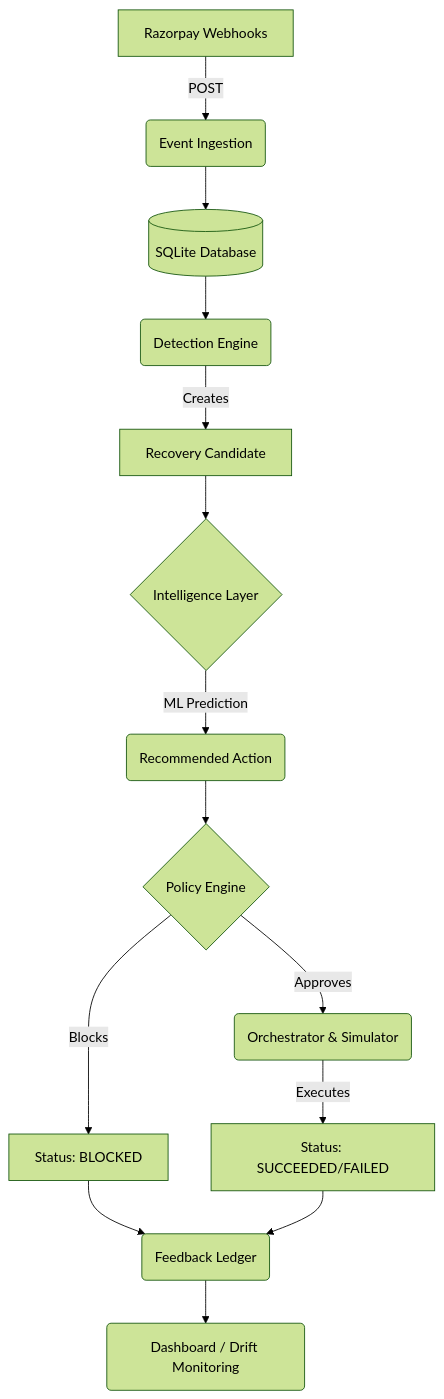
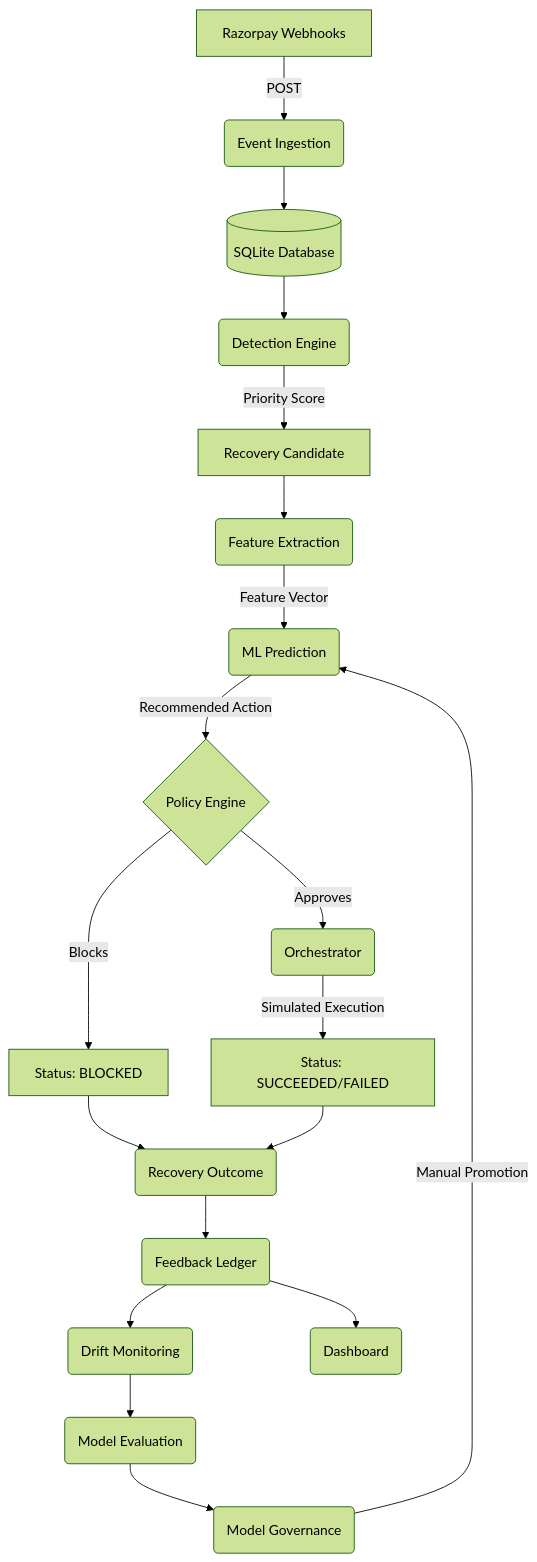
One commit to rawcdr/AI-Revenue-Recovery changed the diagram in docs/ARCHITECTURE.md. Above: the diagram before and after it, drawn with Mermaid (forest theme). The commit also changed other lines of this file and 4 other files, not shown here.

````diff
--- a/docs/ARCHITECTURE.md
+++ b/docs/ARCHITECTURE.md
@@ -18,16 +21,21 @@
 ```mermaid
 graph TD
-    A[Razorpay Webhooks] -->|POST| B(Event Ingestion)
-    B --> C[(SQLite Database)]
-    C --> D(Detection Engine)
-    D -->|Creates| E[Recovery Candidate]
-    E --> F{Intelligence Layer}
-    F -->|ML Prediction| G(Recommended Action)
-    G --> H{Policy Engine}
-    H -->|Blocks| I[Status: BLOCKED]
-    H -->|Approves| J(Orchestrator & Simulator)
-    J -->|Executes| K[Status: SUCCEEDED/FAILED]
-    I --> L(Feedback Ledger)
+    A["Razorpay Webhooks"] -->|POST| B("Event Ingestion")
+    B --> C[("SQLite Database")]
+    C --> D("Detection Engine")
+    D -->|"Priority Score"| E["Recovery Candidate"]
+    E --> F("Feature Extraction")
+    F -->|"Feature Vector"| G("ML Prediction")
+    G -->|"Recommended Action"| H{"Policy Engine"}
+    H -->|"Blocks"| I["Status: BLOCKED"]
+    H -->|"Approves"| J("Orchestrator")
+    J -->|"Simulated Execution"| K["Status: SUCCEEDED/FAILED"]
+    I --> L("Recovery Outcome")
     K --> L
-    L --> M(Dashboard / Drift Monitoring)
+    L --> M("Feedback Ledger")
+    M --> N("Drift Monitoring")
+    N --> O("Model Evaluation")
+    O --> P("Model Governance")
+    P -->|"Manual Promotion"| G
+    M --> Q("Dashboard")
 ```
````
